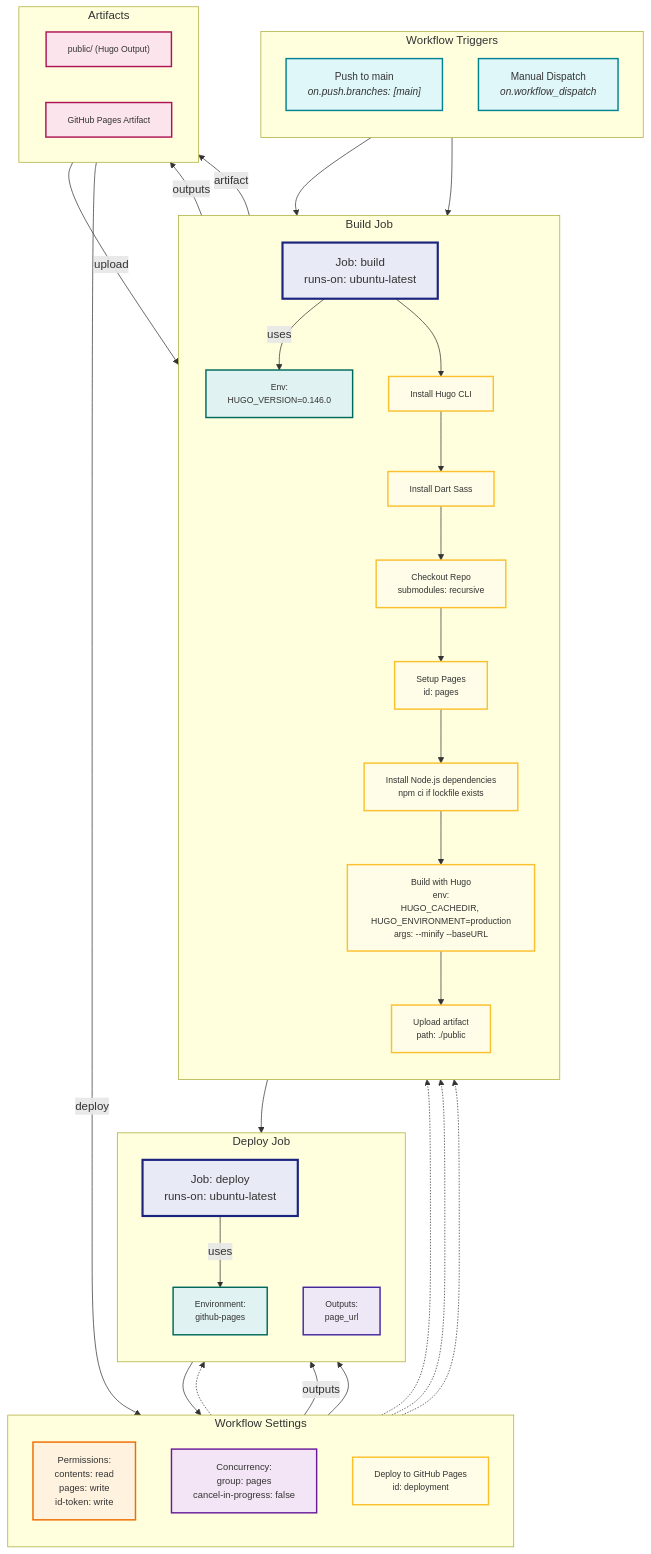
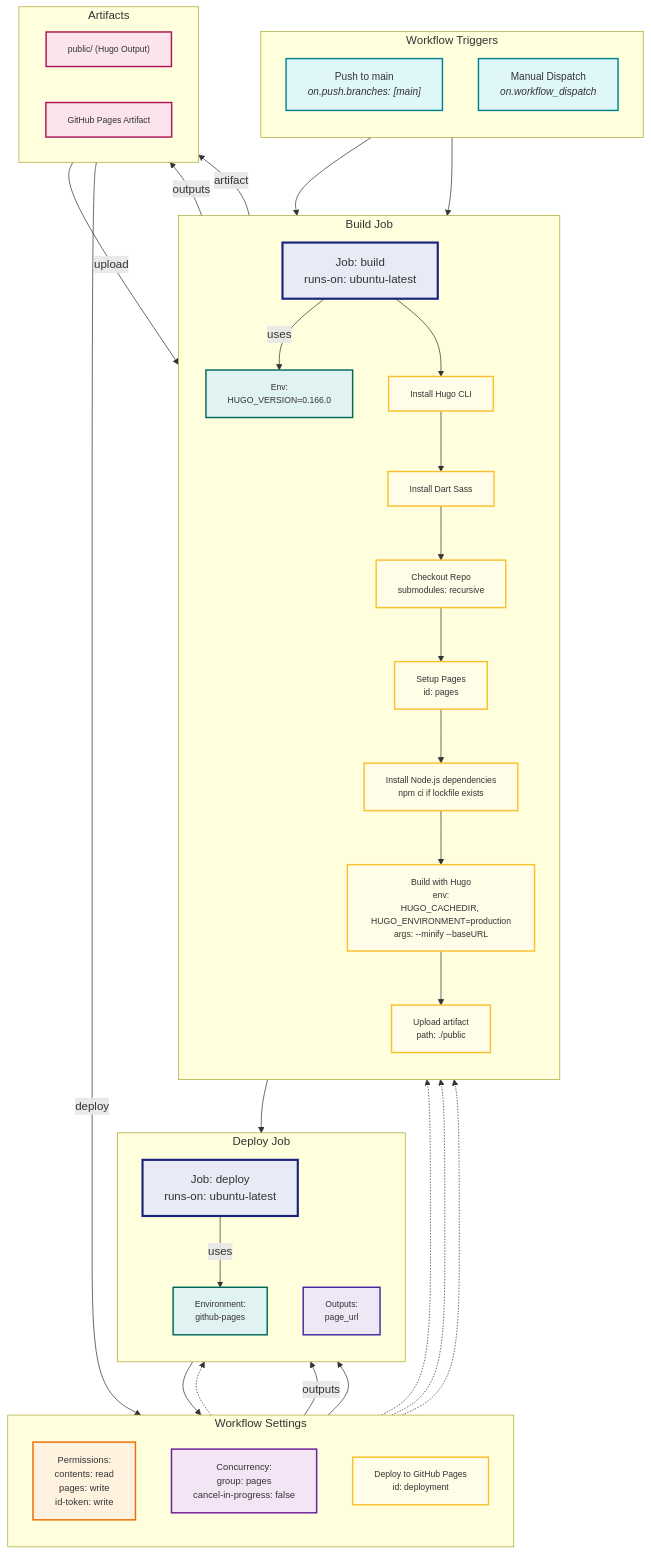
Before and after one commit to howard-haowen/howard-haowen.github.io: the diagram in README.md, drawn with Mermaid. The commit also changed 1 other file, not shown here.

Commit message:
chore(ci): bump Hugo to 0.166.0
Match the local Hugo version and update the workflow diagram in README.

```diff
--- a/README.md
+++ b/README.md
@@ -66,7 +66,7 @@
   subgraph "Build Job"
     direction TB
     B0["Job: build<br>runs-on: ubuntu-latest"]:::job
-    Benv["Env:<br>HUGO_VERSION=0.146.0"]:::env
+    Benv["Env:<br>HUGO_VERSION=0.166.0"]:::env
     B1["Install Hugo CLI"]:::step
     B2["Install Dart Sass"]:::step
     B3["Checkout Repo<br>submodules: recursive"]:::step
```
